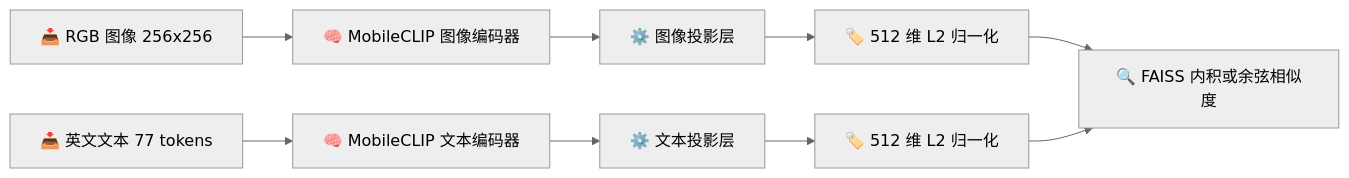
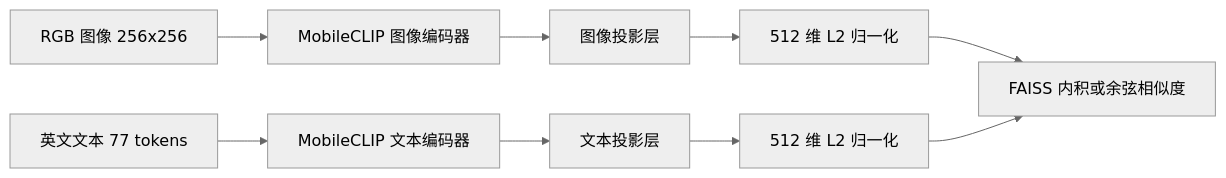
One commit to zhouxzh/Ascend310 changed the fourth of 7 diagrams in src/experiment/case7.md. Above: the diagram before and after it, drawn with Mermaid (neutral theme). The commit also changed other lines of this file and 105 other files, not shown here.

````diff
--- a/src/experiment/case7.md
+++ b/src/experiment/case7.md
@@ -177,14 +177,14 @@
 ```mermaid
 flowchart LR
     accTitle: MobileCLIP 编码结构
     accDescr: MobileCLIP-S0 分别编码图像和英文文本，再投影到 512 维归一化空间进行检索
 
-    image[📥 RGB 图像 256x256] --> image_encoder[🧠 MobileCLIP 图像编码器]
-    text[📥 英文文本 77 tokens] --> text_encoder[🧠 MobileCLIP 文本编码器]
-    image_encoder --> image_projection[⚙️ 图像投影层]
-    text_encoder --> text_projection[⚙️ 文本投影层]
-    image_projection --> image_vector[🏷️ 512 维 L2 归一化]
-    text_projection --> text_vector[🏷️ 512 维 L2 归一化]
-    image_vector --> similarity[🔍 FAISS 内积或余弦相似度]
+    image[RGB 图像 256x256] --> image_encoder[MobileCLIP 图像编码器]
+    text[英文文本 77 tokens] --> text_encoder[MobileCLIP 文本编码器]
+    image_encoder --> image_projection[图像投影层]
+    text_encoder --> text_projection[文本投影层]
+    image_projection --> image_vector[512 维 L2 归一化]
+    text_projection --> text_vector[512 维 L2 归一化]
+    image_vector --> similarity[FAISS 内积或余弦相似度]
     text_vector --> similarity
 ```
````
